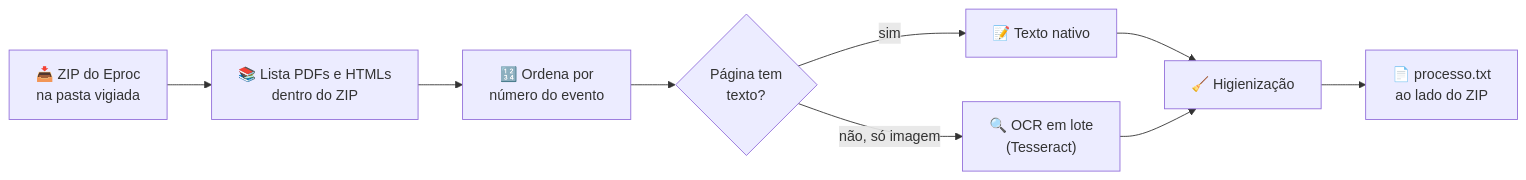
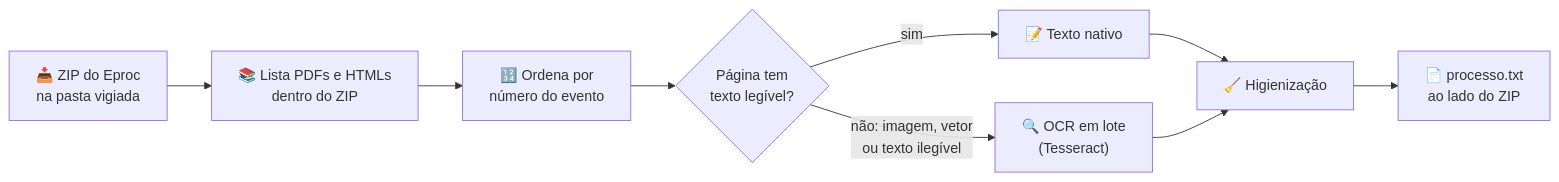
One commit to jonyduque/eprocia changed the diagram in README.md. Above: the diagram before and after it, drawn with Mermaid. The commit also changed other lines of this file and 7 other files, not shown here.

````diff
--- a/README.md
+++ b/README.md
@@ -82,11 +97,11 @@
 ```mermaid
 flowchart LR
     A["📥 ZIP do Eproc<br>na pasta vigiada"] --> B["📚 Lista PDFs e HTMLs<br>dentro do ZIP"]
     B --> C["🔢 Ordena por<br>número do evento"]
-    C --> D{"Página tem<br>texto?"}
+    C --> D{"Página tem<br>texto legível?"}
     D -- sim --> E["📝 Texto nativo"]
-    D -- "não, só imagem" --> F["🔍 OCR em lote<br>(Tesseract)"]
+    D -- "não: imagem, vetor<br>ou texto ilegível" --> F["🔍 OCR em lote<br>(Tesseract)"]
     E --> G["🧹 Higienização"]
     F --> G
     G --> H["📄 processo.txt<br>ao lado do ZIP"]
 ```
````
